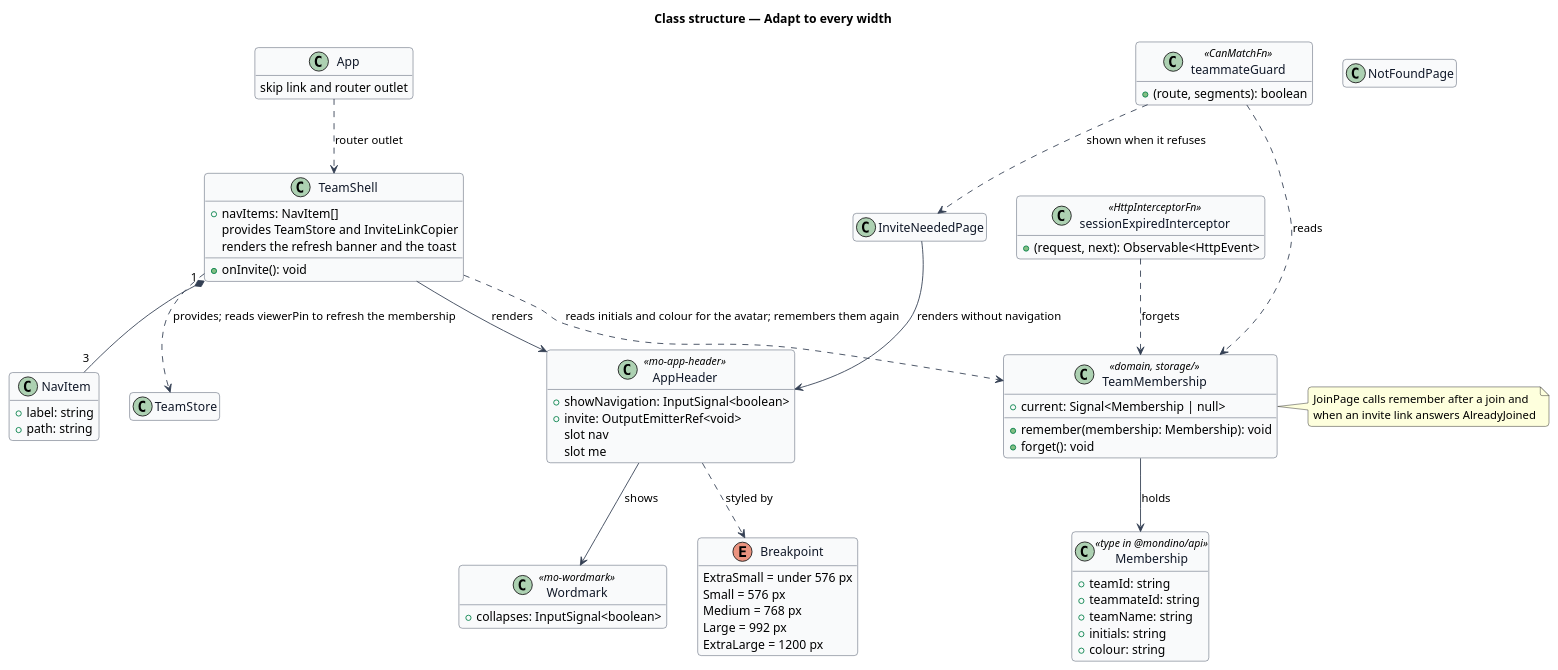
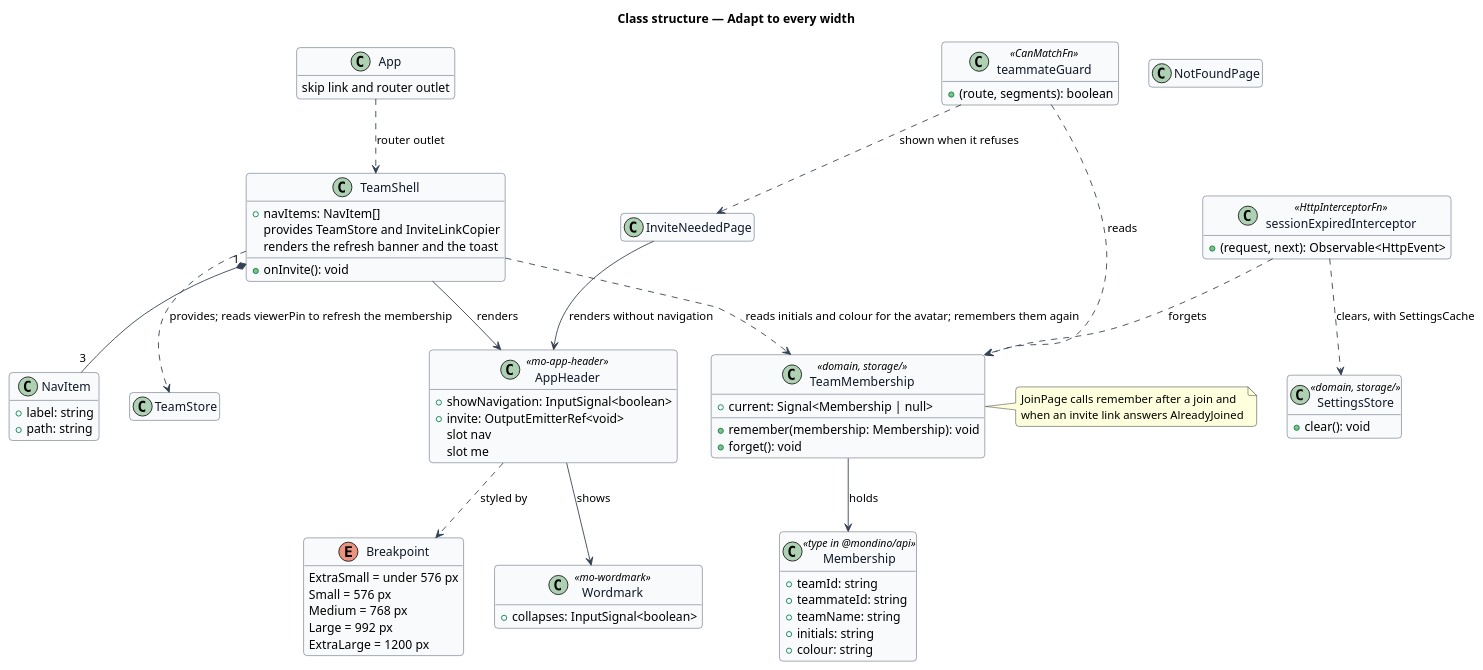
Before and after one commit to QuinntyneBrown/Mondino: the diagram in docs/detailed-designs/platform/adapt-to-every-width/diagrams/class-structure.puml, drawn with PlantUML. The commit also changed 10 other files, not shown here.

```diff
--- a/docs/detailed-designs/platform/adapt-to-every-width/diagrams/class-structure.puml
+++ b/docs/detailed-designs/platform/adapt-to-every-width/diagrams/class-structure.puml
@@ -1,94 +1,99 @@
 @startuml
 skinparam backgroundColor #FFFFFF
 skinparam shadowing false
 skinparam roundcorner 8
 skinparam defaultFontName Arial
 skinparam ArrowColor #344054
 skinparam class {
   BorderColor #344054
   FontColor #101828
   BackgroundColor #F9FAFB
 }
 hide empty members
 title Class structure — Adapt to every width
 
 enum Breakpoint {
   ExtraSmall = under 576 px
   Small = 576 px
   Medium = 768 px
   Large = 992 px
   ExtraLarge = 1200 px
 }
 
 class App {
   skip link and router outlet
 }
 
 class TeamShell {
   +navItems: NavItem[]
   provides TeamStore and InviteLinkCopier
   renders the refresh banner and the toast
   +onInvite(): void
 }
 
 class NavItem {
   +label: string
   +path: string
 }
 
 class AppHeader <<mo-app-header>> {
   +showNavigation: InputSignal<boolean>
   +invite: OutputEmitterRef<void>
   slot nav
   slot me
 }
 
 class Wordmark <<mo-wordmark>> {
   +collapses: InputSignal<boolean>
 }
 
 class TeamMembership <<domain, storage/>> {
   +current: Signal<Membership | null>
   +remember(membership: Membership): void
   +forget(): void
 }
 
 class Membership <<type in @mondino/api>> {
   +teamId: string
   +teammateId: string
   +teamName: string
   +initials: string
   +colour: string
 }
 
 class teammateGuard <<CanMatchFn>> {
   +(route, segments): boolean
 }
 
 class sessionExpiredInterceptor <<HttpInterceptorFn>> {
   +(request, next): Observable<HttpEvent>
 }
 
+class SettingsStore <<domain, storage/>> {
+  +clear(): void
+}
+
 class InviteNeededPage {
 }
 
 class NotFoundPage {
 }
 
 class TeamStore {
 }
 
 App ..> TeamShell : router outlet
 TeamShell --> AppHeader : renders
 TeamShell "1" *-- "3" NavItem
 TeamShell ..> TeamStore : provides; reads viewerPin to refresh the membership
 TeamShell ..> TeamMembership : reads initials and colour for the avatar; remembers them again
 InviteNeededPage --> AppHeader : renders without navigation
 AppHeader --> Wordmark : shows
 AppHeader ..> Breakpoint : styled by
 teammateGuard ..> TeamMembership : reads
 teammateGuard ..> InviteNeededPage : shown when it refuses
 sessionExpiredInterceptor ..> TeamMembership : forgets
+sessionExpiredInterceptor ..> SettingsStore : clears, with SettingsCache
 TeamMembership --> Membership : holds
 note right of TeamMembership : JoinPage calls remember after a join and\nwhen an invite link answers AlreadyJoined
 @enduml
```
